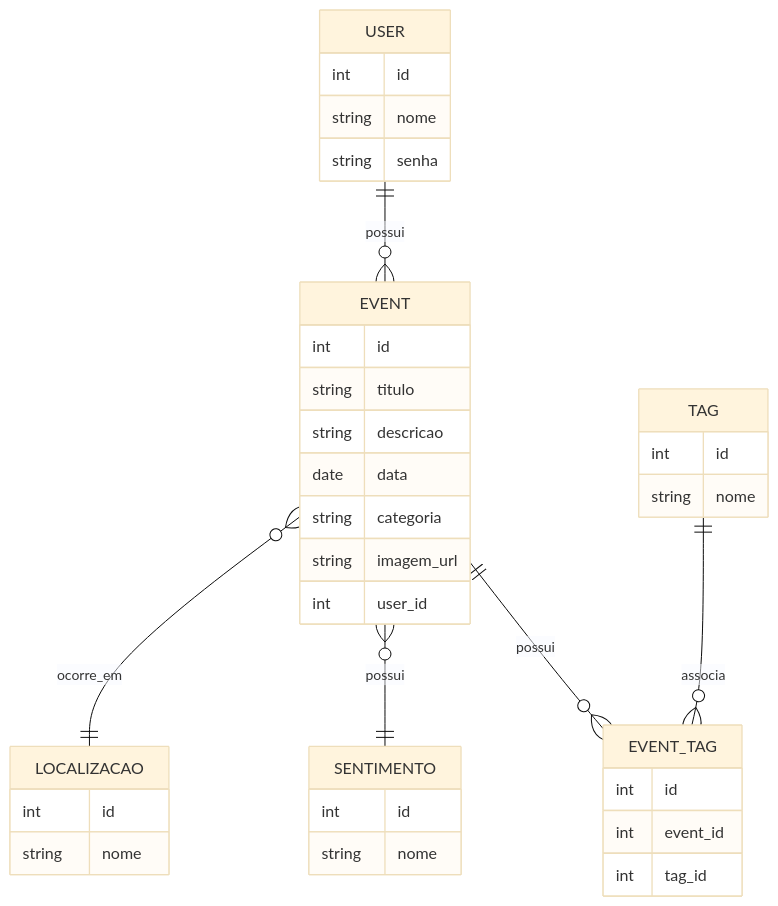
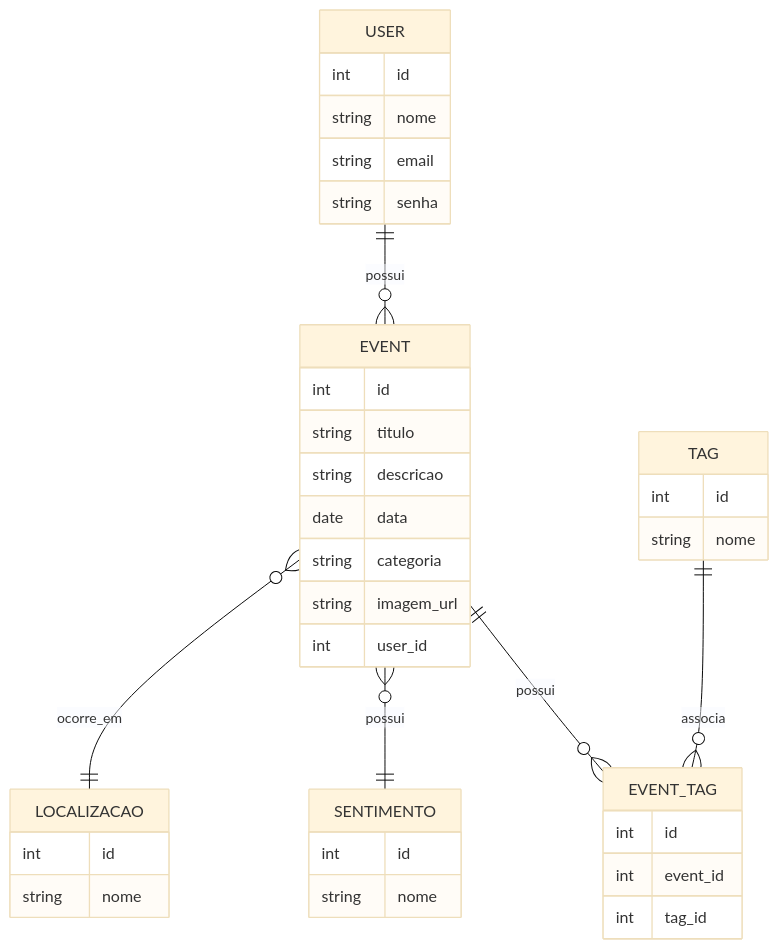
One commit to leonardocpadilha/life-track changed the diagram in docs/spec.md. Above: the diagram before and after it, drawn with Mermaid (base theme). The commit also changed other lines of this file, not shown here.

````diff
--- a/docs/spec.md
+++ b/docs/spec.md
@@ -7,45 +7,41 @@
 ```mermaid
 erDiagram
+    USER ||--o{ EVENT : "possui"
+    EVENT ||--o{ EVENT_TAG : "possui"
+    TAG ||--o{ EVENT_TAG : "associa"
+    EVENT }o--|| SENTIMENTO : "possui"
+    EVENT }o--|| LOCALIZACAO : "ocorre_em"
+
     USER {
         int id
         string nome
+        string email
         string senha
     }
-
     EVENT {
         int id
         string titulo
         string descricao
         date data
         string categoria
         string imagem_url
         int user_id
     }
-
     TAG {
         int id
         string nome
     }
-
     SENTIMENTO {
         int id
         string nome
     }
-
     LOCALIZACAO {
         int id
         string nome
     }
-
     EVENT_TAG {
         int id
         int event_id
         int tag_id
     }
-
-    USER ||--o{ EVENT : "possui"
-    EVENT ||--o{ EVENT_TAG : "possui"
-    TAG ||--o{ EVENT_TAG : "associa"
-    EVENT }o--|| SENTIMENTO : "possui"
-    EVENT }o--|| LOCALIZACAO : "ocorre_em"
 ```
````
